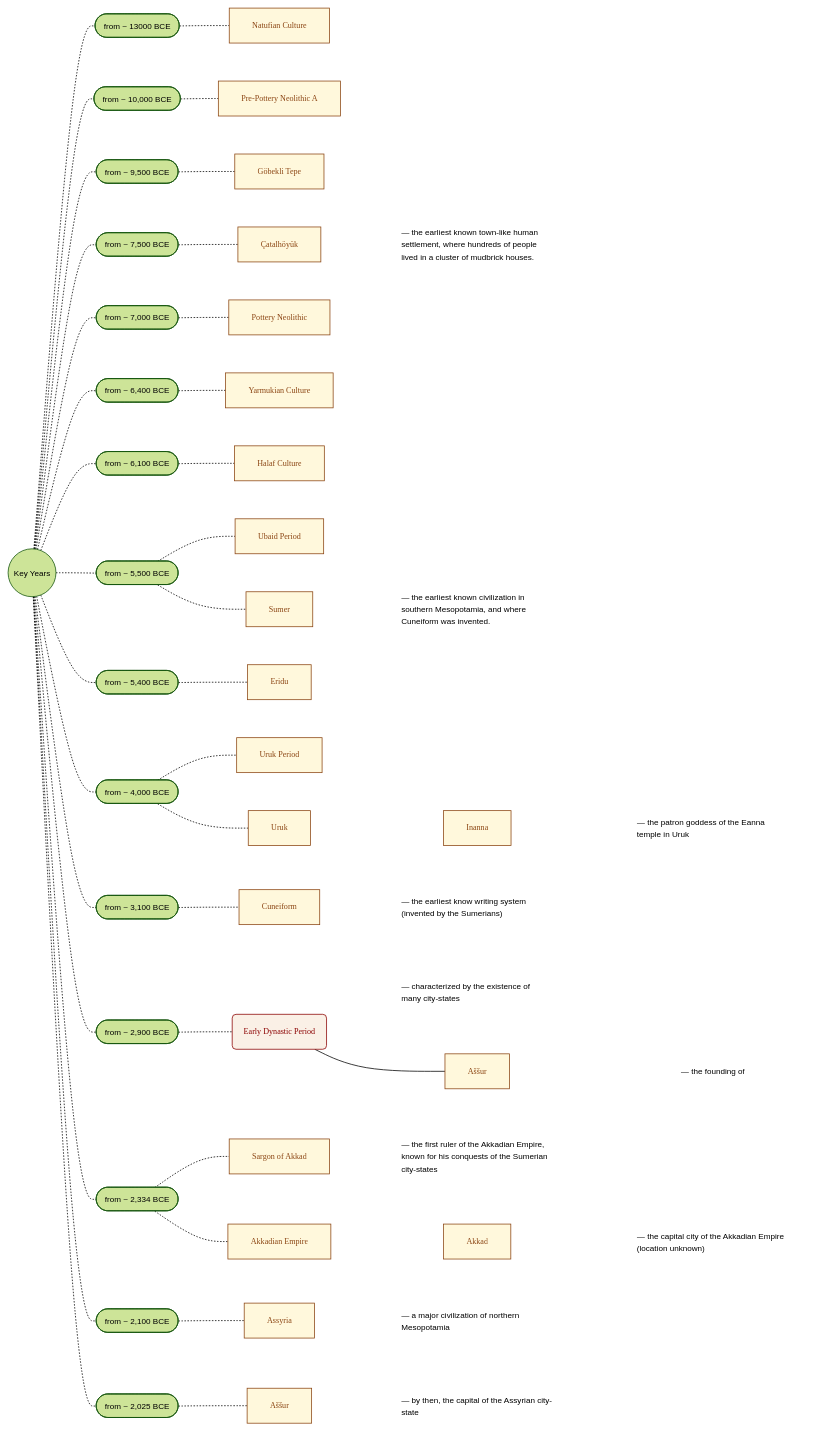
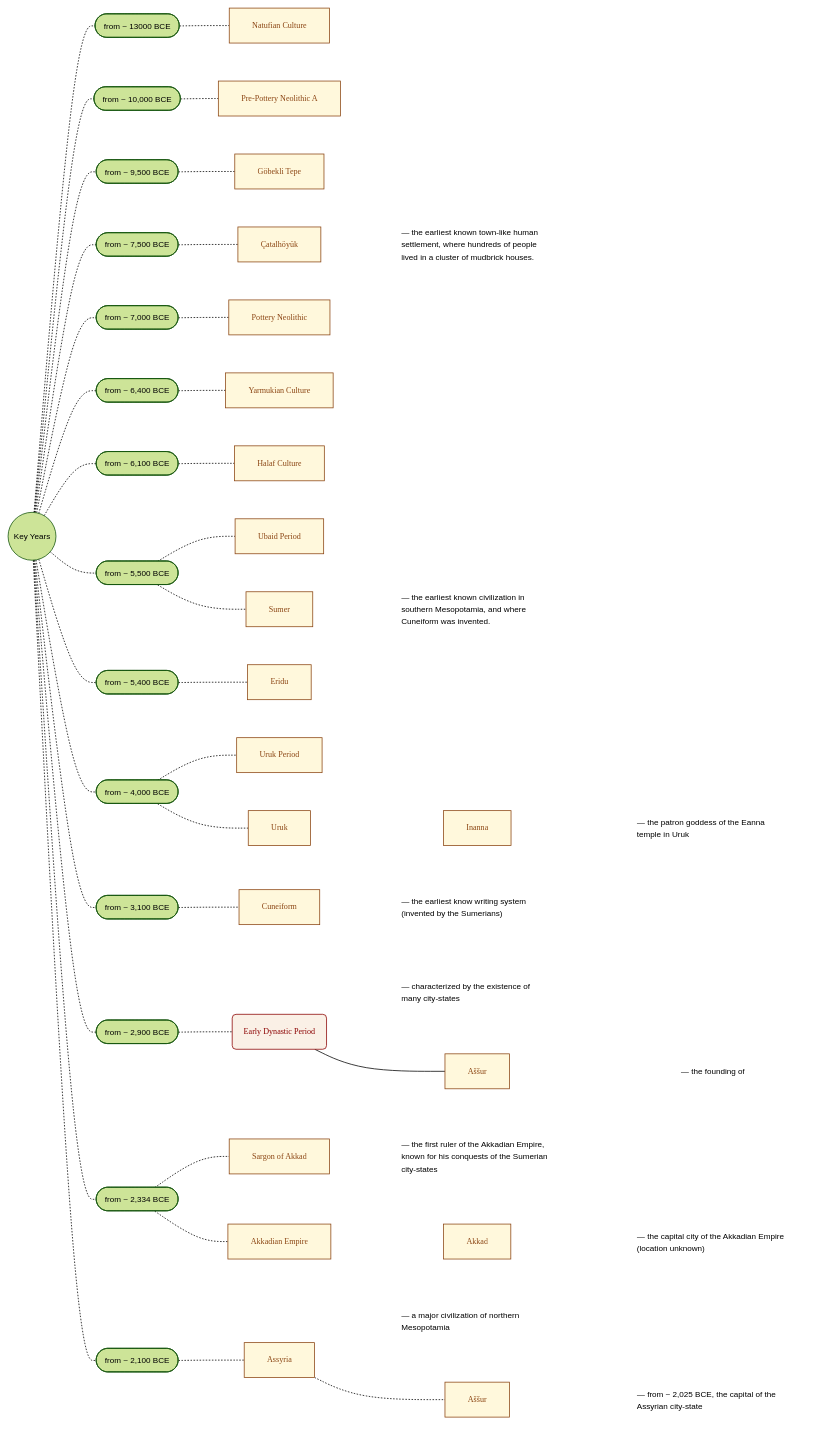
One commit to joe-dorward/samples changed the diagram in mesopotamian_timeline_v1.01.md. Above: the diagram before and after it, drawn with Mermaid.

```diff
--- a/mesopotamian_timeline_v1.01.md
+++ b/mesopotamian_timeline_v1.01.md
@@ -115,16 +115,20 @@
             ASSYRIA_NOTE[#151; a major civilization of northern Mesopotamia]
             click ASSYRIA "https://en.wikipedia.org/wiki/Assyria" _blank
 
-      2025([from ~ 2,025 BCE])
-            ASSUR[Aššur]
-            ASSUR_NOTE[#151; by then, the capital of the Assyrian city-state]
-            click ASSUR "https://en.wikipedia.org/wiki/Assur" _blank
+            ASSUR_02[Aššur]
+            ASSUR_02_NOTE[#151; from ~ 2,025 BCE, the capital of the Assyrian city-state]
+            click ASSUR_02 "https://en.wikipedia.org/wiki/Assur" _blank
+
+      %%2025([from ~ 2,025 BCE])
+            %%ASSUR[Aššur]
+            %%ASSUR_NOTE[#151; by then, the capital of the Assyrian city-state]
+            %%click ASSUR "https://en.wikipedia.org/wiki/Assur" _blank
 
 
       %% ---------- ---------- ---------- ---------- ---------- ---------- ----------
 
-      class EARLY_ASSYRIAN_PERIOD,SARGON_OF_AKKAD,AKKADIAN_EMPIRE,AKKAD,ASSYRIA,ASSUR_01,ASSUR Note;
-      class SARGON_OF_AKKAD_NOTE,AKKAD_NOTE,ASSYRIA_NOTE,ASSUR_NOTE,EARLY_DYNASTIC_PERIOD_NOTE,ASSUR_01_NOTE Summary
+      class EARLY_ASSYRIAN_PERIOD,SARGON_OF_AKKAD,AKKADIAN_EMPIRE,AKKAD,ASSYRIA,ASSUR_01,ASSUR_02,ASSUR Note;
+      class SARGON_OF_AKKAD_NOTE,AKKAD_NOTE,ASSYRIA_NOTE,ASSUR_NOTE,EARLY_DYNASTIC_PERIOD_NOTE,ASSUR_01_NOTE,ASSUR_02_NOTE Summary
 
       class EARLY_DYNASTIC_PERIOD Note;
       class EARLY_DYNASTIC_PERIOD Period;
@@ -138,7 +142,9 @@
                   2334-.-AKKADIAN_EMPIRE
                          AKKADIAN_EMPIRE~~~AKKAD~~~AKKAD_NOTE
       KEY_YEARS-.-2100-.-ASSYRIA~~~ASSYRIA_NOTE
-      KEY_YEARS-.-2025-.-ASSUR~~~ASSUR_NOTE
+                         ASSYRIA-.-ASSUR_02~~~ASSUR_02_NOTE
+
+      %%KEY_YEARS-.-2025-.-ASSUR~~~ASSUR_NOTE
 
       %% ========== ========== ========== ========== ==========
 
```
